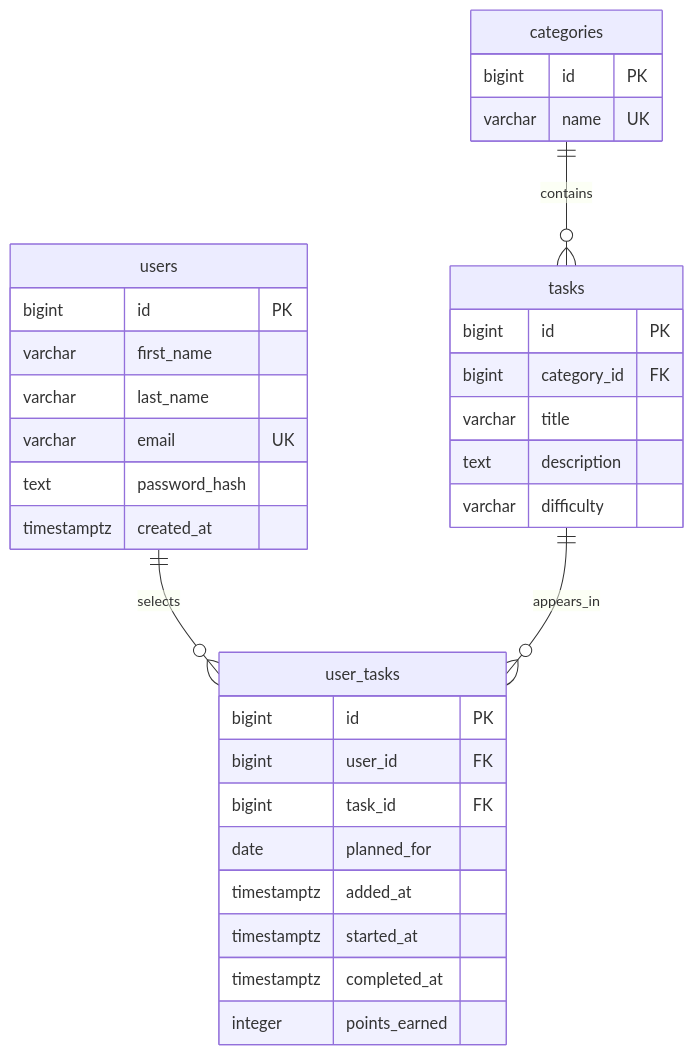
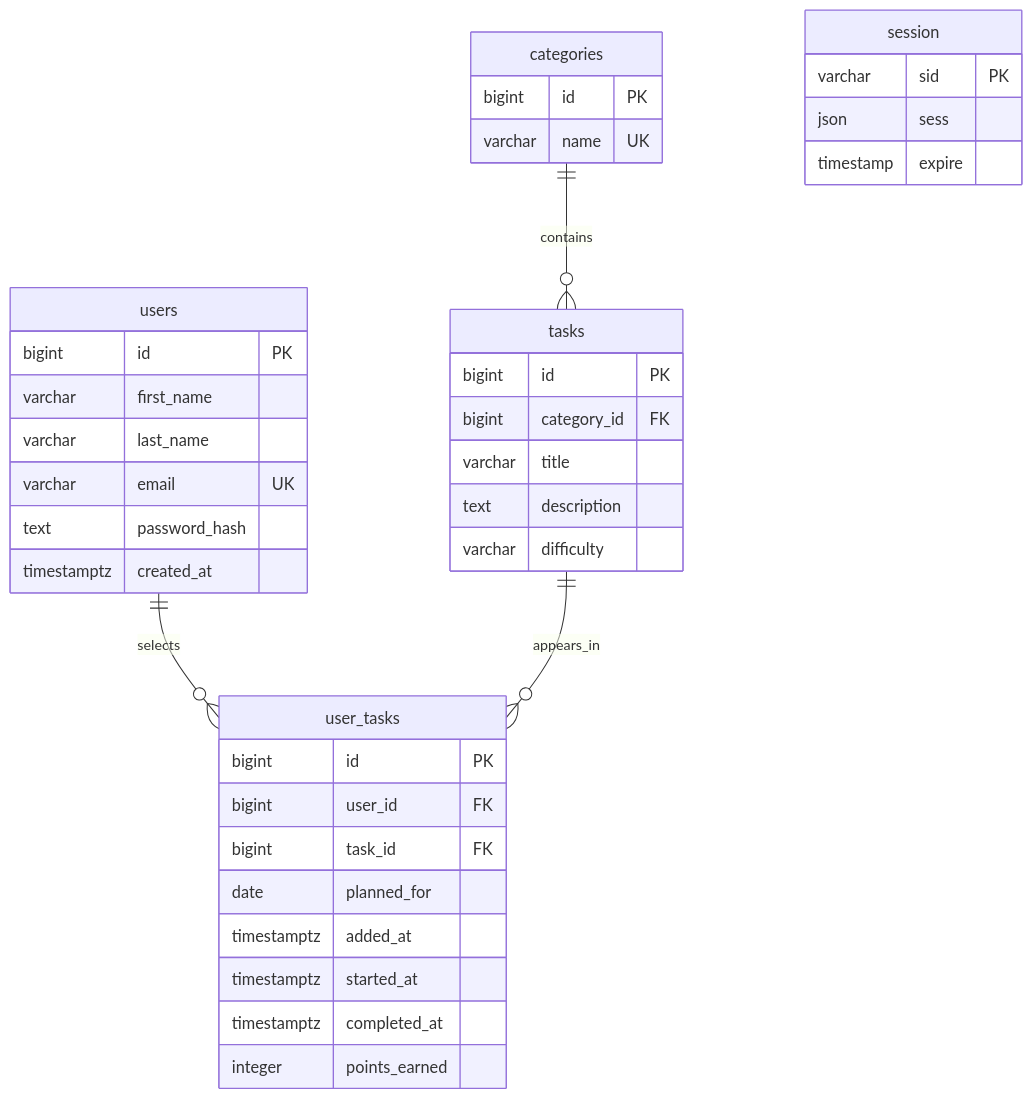
The diagram in planning/entity_relationship_diagram.md (karuifeather/cpp-taskapp), drawn with Mermaid before and after one commit. The commit also changed other lines of this file and 1 other file, not shown here.

Commit message:
docs: add session table to erd

````diff
--- a/planning/entity_relationship_diagram.md
+++ b/planning/entity_relationship_diagram.md
@@ -5,36 +5,41 @@
 ```mermaid
 erDiagram
     users ||--o{ user_tasks : selects
     tasks ||--o{ user_tasks : appears_in
     categories ||--o{ tasks : contains
 
     users {
         bigint id PK
         varchar first_name
         varchar last_name
         varchar email UK
         text password_hash
         timestamptz created_at
     }
     categories {
         bigint id PK
         varchar name UK
     }
     tasks {
         bigint id PK
         bigint category_id FK
         varchar title
         text description
         varchar difficulty
     }
     user_tasks {
         bigint id PK
         bigint user_id FK
         bigint task_id FK
         date planned_for
         timestamptz added_at
         timestamptz started_at
         timestamptz completed_at
         integer points_earned
     }
+    session {
+        varchar sid PK
+        json sess
+        timestamp expire
+    }
 ```
````
